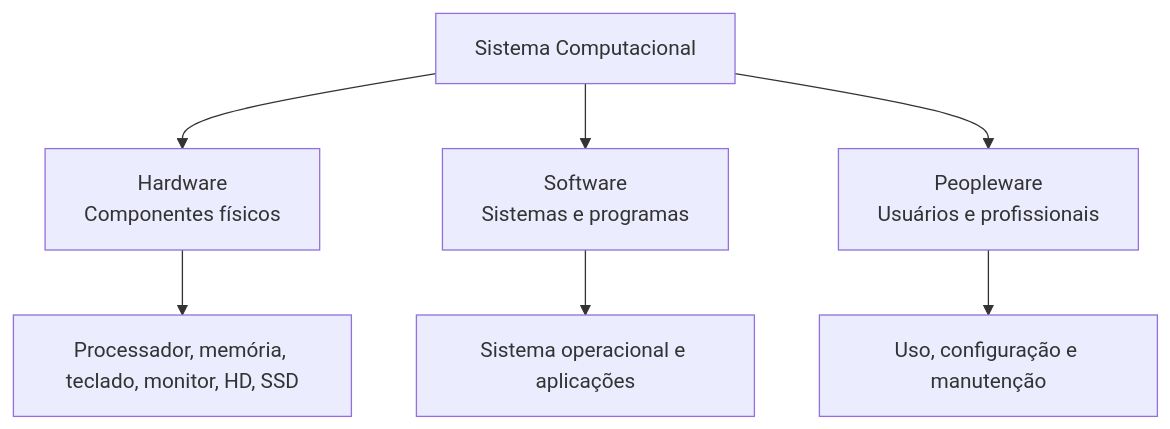
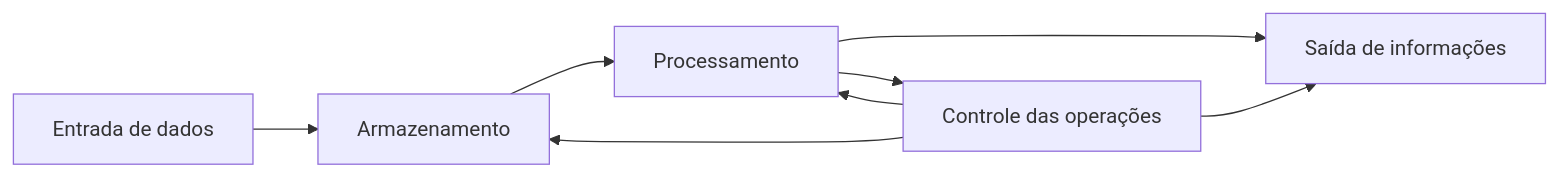
Before and after one commit to matheus046z/CompSci-UCB: the first of 9 diagrams in content/MOD 2/SISCOMP/02 Unidades/Unidade 1/Leitura 1.2/Resumos/SISCOMP-1.2-Resumo.md, drawn with Mermaid. The commit also changed other lines of this file, not shown here.

````diff
--- a/content/MOD 2/SISCOMP/02 Unidades/Unidade 1/Leitura 1.2/Resumos/SISCOMP-1.2-Resumo.md
+++ b/content/MOD 2/SISCOMP/02 Unidades/Unidade 1/Leitura 1.2/Resumos/SISCOMP-1.2-Resumo.md
@@ -17,11 +17,10 @@
 ```mermaid
-flowchart TD
-    A[Sistema Computacional]
-    A --> B[Hardware<br>Componentes físicos]
-    A --> C[Software<br>Sistemas e programas]
-    A --> D[Peopleware<br>Usuários e profissionais]
-
-    B --> E[Processador, memória, teclado, monitor, HD, SSD]
-    C --> F[Sistema operacional e aplicações]
-    D --> G[Uso, configuração e manutenção]
+flowchart LR
+    A[Entrada de dados] --> B[Armazenamento]
+    B --> C[Processamento]
+    C --> D[Saída de informações]
+    C --> E[Controle das operações]
+    E --> B
+    E --> C
+    E --> D
 ```
````
